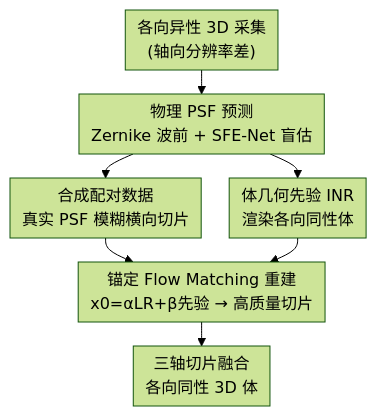
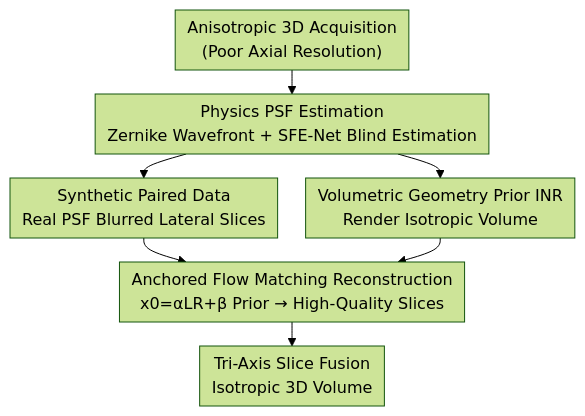
One commit to zhaoyang97/Paper-Notes-en changed the diagram in docs/CVPR2026/medical_imaging/microfm_physics-guided_flow_matching_for_isotropic_microscopy_reconstruction.md. Above: the diagram before and after it, drawn with Mermaid (forest theme). The commit also changed 644 other files, not shown here.

````diff
--- a/docs/CVPR2026/medical_imaging/microfm_physics-guided_flow_matching_for_isotropic_microscopy_reconstruction.md
+++ b/docs/CVPR2026/medical_imaging/microfm_physics-guided_flow_matching_for_isotropic_microscopy_reconstruction.md
@@ -47,10 +47,10 @@
 ```mermaid
 %%{init: {'flowchart': {'rankSpacing': 24, 'nodeSpacing': 28, 'padding': 6, 'wrappingWidth': 400}}}%%
 flowchart TD
-    A["各向异性 3D 采集<br/>(轴向分辨率差)"] --> B["物理 PSF 预测<br/>Zernike 波前 + SFE-Net 盲估"]
-    B --> C["合成配对数据<br/>真实 PSF 模糊横向切片"]
-    B --> D["体几何先验 INR<br/>渲染各向同性体"]
-    C --> E["锚定 Flow Matching 重建<br/>x0=αLR+β先验 → 高质量切片"]
+    A["Anisotropic 3D Acquisition<br/>(Poor Axial Resolution)"] --> B["Physics PSF Estimation<br/>Zernike Wavefront + SFE-Net Blind Estimation"]
+    B --> C["Synthetic Paired Data<br/>Real PSF Blurred Lateral Slices"]
+    B --> D["Volumetric Geometry Prior INR<br/>Render Isotropic Volume"]
+    C --> E["Anchored Flow Matching Reconstruction<br/>x0=αLR+β Prior → High-Quality Slices"]
     D --> E
-    E --> F["三轴切片融合<br/>各向同性 3D 体"]
+    E --> F["Tri-Axis Slice Fusion<br/>Isotropic 3D Volume"]
 ```
````
